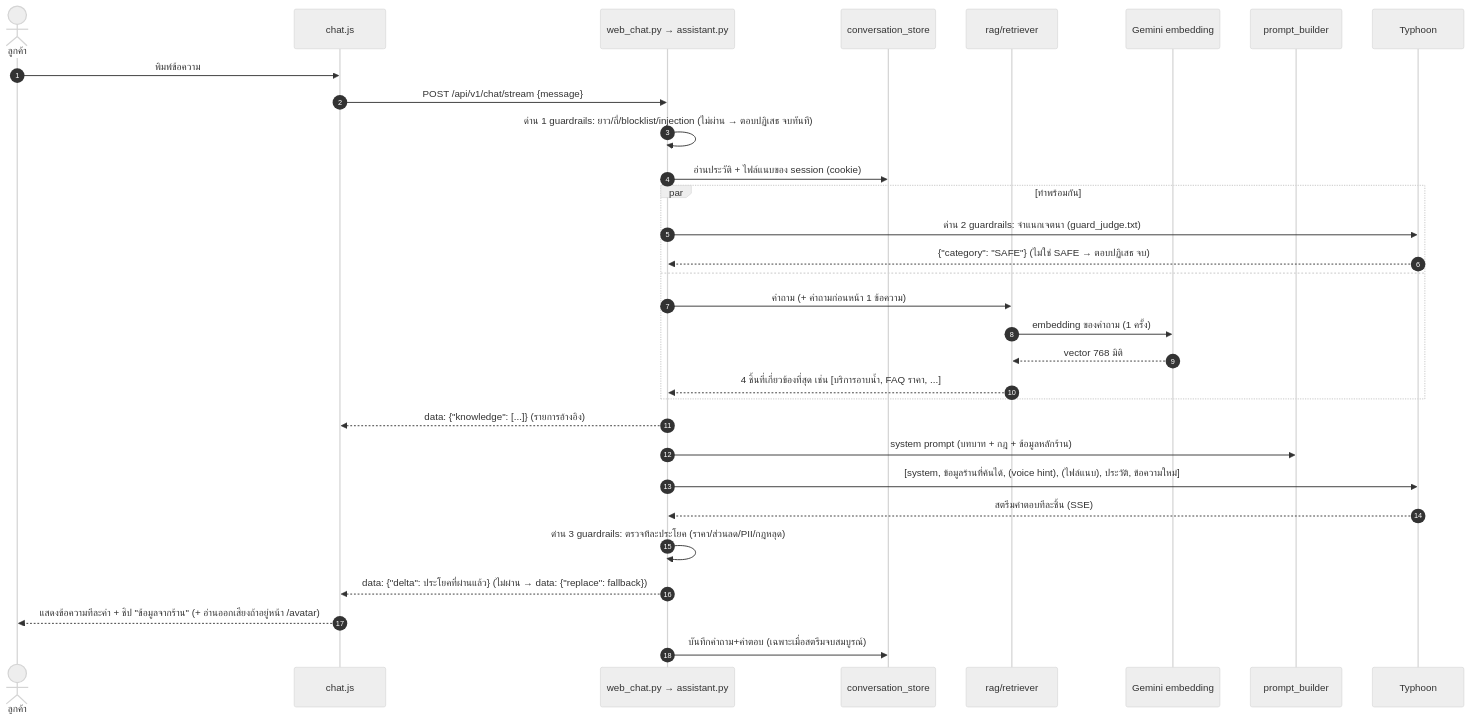
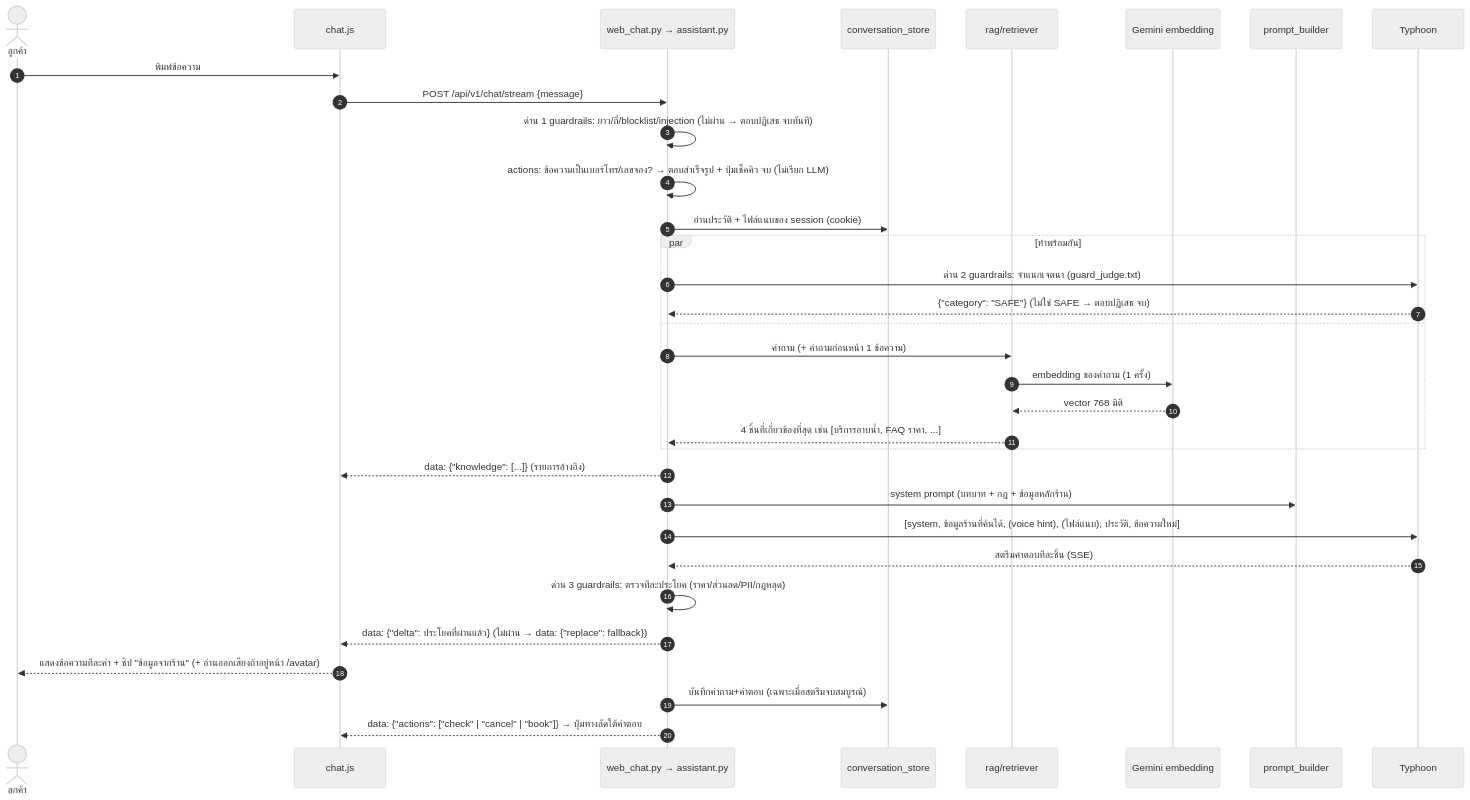
The second of 5 diagrams in docs/system-architecture.md (Myname30275/Project-chatbot), drawn with Mermaid (neutral theme) before and after one commit. The commit also changed other lines of this file and 5 other files, not shown here.

Commit message:
Add endpoint check against live system; update architecture docs and diagrams to current system

````diff
--- a/docs/system-architecture.md
+++ b/docs/system-architecture.md
@@ -172,34 +185,36 @@
 ```mermaid
 sequenceDiagram
     autonumber
     actor C as ลูกค้า
     participant UI as chat.js
     participant API as web_chat.py → assistant.py
     participant ST as conversation_store
     participant RAG as rag/retriever
     participant GM as Gemini embedding
     participant PB as prompt_builder
     participant LLM as Typhoon
 
     C->>UI: พิมพ์ข้อความ
     UI->>API: POST /api/v1/chat/stream {message}
     API->>API: ด่าน 1 guardrails: ยาว/ถี่/blocklist/injection (ไม่ผ่าน → ตอบปฏิเสธ จบทันที)
+    API->>API: actions: ข้อความเป็นเบอร์โทร/เลขจอง? → ตอบสำเร็จรูป + ปุ่มเช็คคิว จบ (ไม่เรียก LLM)
     API->>ST: อ่านประวัติ + ไฟล์แนบของ session (cookie)
     par ทำพร้อมกัน
         API->>LLM: ด่าน 2 guardrails: จำแนกเจตนา (guard_judge.txt)
         LLM-->>API: {"category": "SAFE"} (ไม่ใช่ SAFE → ตอบปฏิเสธ จบ)
     and
         API->>RAG: คำถาม (+ คำถามก่อนหน้า 1 ข้อความ)
         RAG->>GM: embedding ของคำถาม (1 ครั้ง)
         GM-->>RAG: vector 768 มิติ
         RAG-->>API: 4 ชิ้นที่เกี่ยวข้องที่สุด เช่น [บริการอาบน้ำ, FAQ ราคา, ...]
     end
     API-->>UI: data: {"knowledge": [...]} (รายการอ้างอิง)
     API->>PB: system prompt (บทบาท + กฎ + ข้อมูลหลักร้าน)
     API->>LLM: [system, ข้อมูลร้านที่ค้นได้, (voice hint), (ไฟล์แนบ), ประวัติ, ข้อความใหม่]
     LLM-->>API: สตรีมคำตอบทีละชิ้น (SSE)
     API->>API: ด่าน 3 guardrails: ตรวจทีละประโยค (ราคา/ส่วนลด/PII/กฎหลุด)
     API-->>UI: data: {"delta": ประโยคที่ผ่านแล้ว} (ไม่ผ่าน → data: {"replace": fallback})
     UI-->>C: แสดงข้อความทีละคำ + ชิป "ข้อมูลจากร้าน" (+ อ่านออกเสียงถ้าอยู่หน้า /avatar)
     API->>ST: บันทึกคำถาม+คำตอบ (เฉพาะเมื่อสตรีมจบสมบูรณ์)
+    API-->>UI: data: {"actions": ["check" | "cancel" | "book"]} → ปุ่มทางลัดใต้คำตอบ
 ```
````
